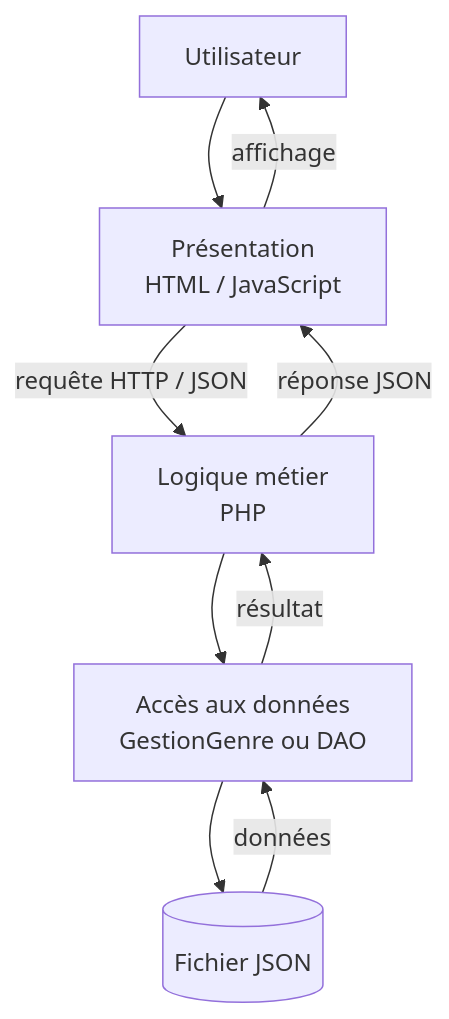
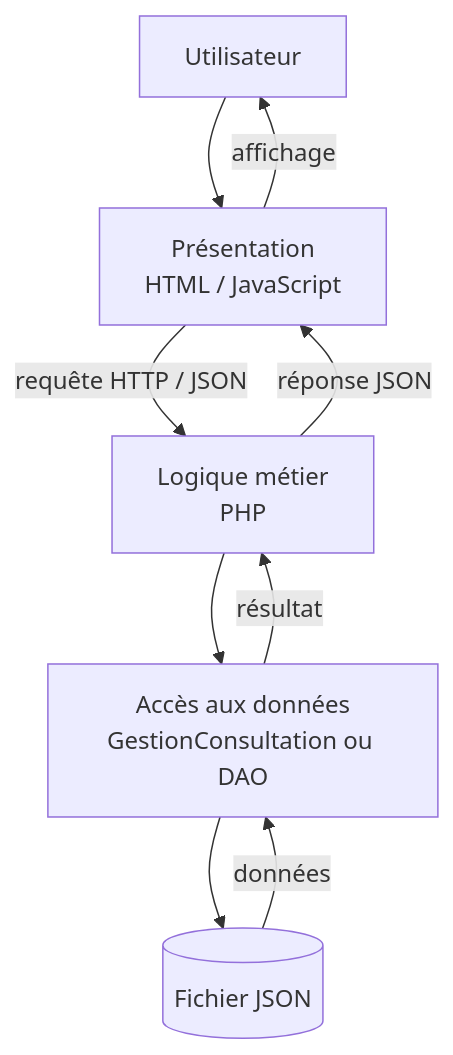
The second of 3 diagrams in Rapport/Architecture logicielle/architecture_du_system.md (Oussama-Ech-charef/projet_file_rougee), drawn with Mermaid before and after one commit. The commit also changed other lines of this file and 1 other file, not shown here.

````diff
--- a/Rapport/Architecture logicielle/architecture_du_system.md
+++ b/Rapport/Architecture logicielle/architecture_du_system.md
@@ -33,11 +33,11 @@
 ```mermaid
 flowchart TB
     U[Utilisateur] --> P[Présentation<br/>HTML / JavaScript]
     P -->|requête HTTP / JSON| L[Logique métier<br/>PHP]
-    L --> A[Accès aux données<br/>GestionGenre ou DAO]
+    L --> A[Accès aux données<br/>GestionConsultation ou DAO]
     A --> D[(Fichier JSON)]
     D -->|données| A
     A -->|résultat| L
     L -->|réponse JSON| P
     P -->|affichage| U
 ```
````
